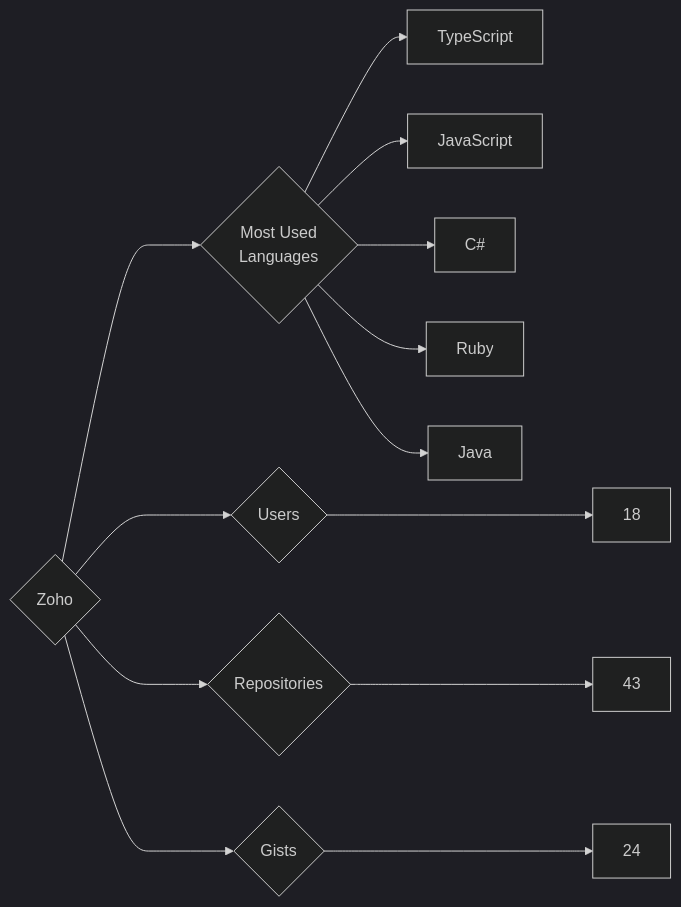
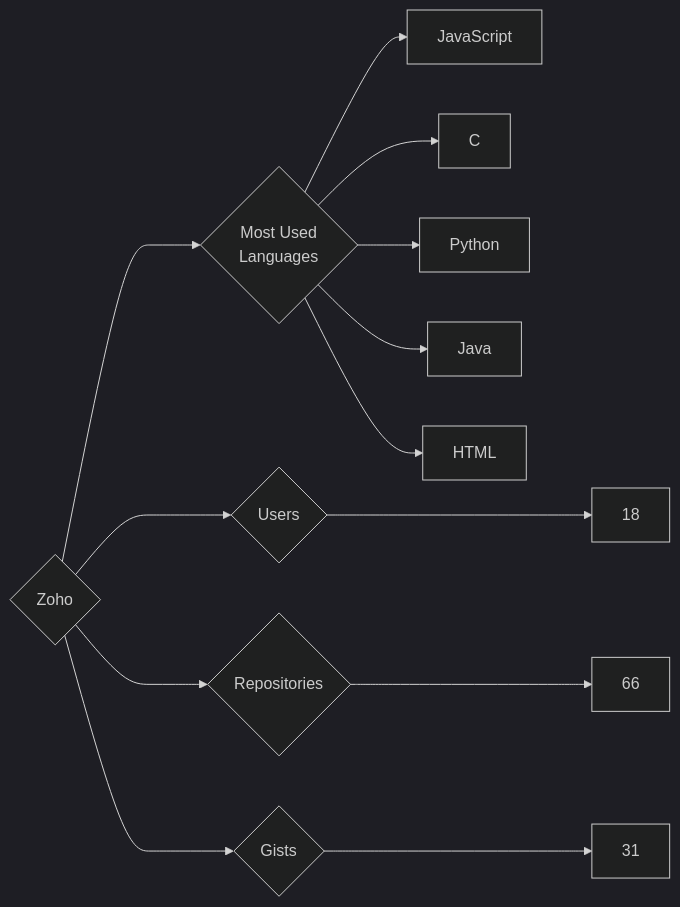
The diagram in targets/Zoho/README.md (trickest/insiders), drawn with Mermaid (dark theme) before and after one commit. The commit also changed 965 other files, not shown here.

````diff
--- a/targets/Zoho/README.md
+++ b/targets/Zoho/README.md
@@ -3,13 +3,13 @@
 ```mermaid
 graph LR
 COMPANY_NAME{Zoho}
 COMPANY_NAME ---> U{Users} ---> UN[18]
-COMPANY_NAME ---> R{Repositories} ---> RN[43]
-COMPANY_NAME ---> G{Gists} ---> GN[24]
+COMPANY_NAME ---> R{Repositories} ---> RN[66]
+COMPANY_NAME ---> G{Gists} ---> GN[31]
 COMPANY_NAME ---> ML{Most Used<br>Languages}
-ML --> TypeScript[TypeScript]
 ML --> JavaScript[JavaScript]
-ML --> C#[C#]
-ML --> Ruby[Ruby]
+ML --> C[C]
+ML --> Python[Python]
 ML --> Java[Java]
+ML --> HTML[HTML]
 ```
````
